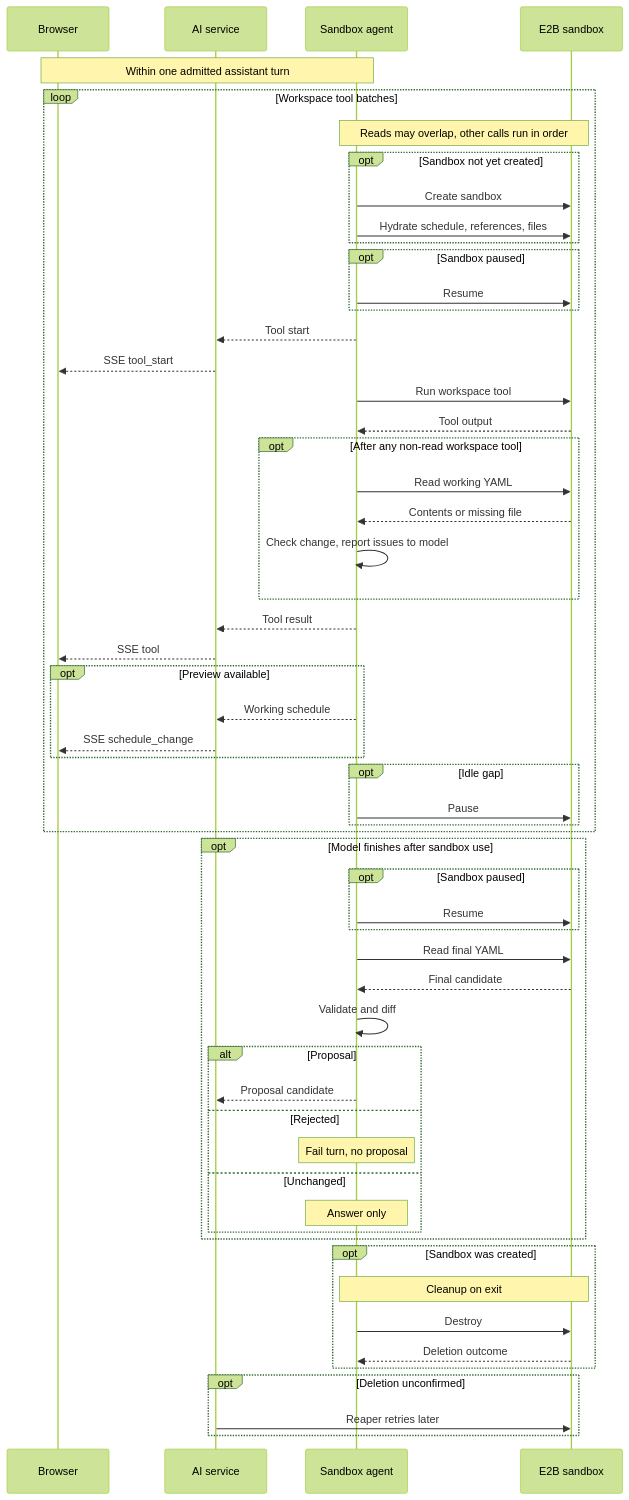
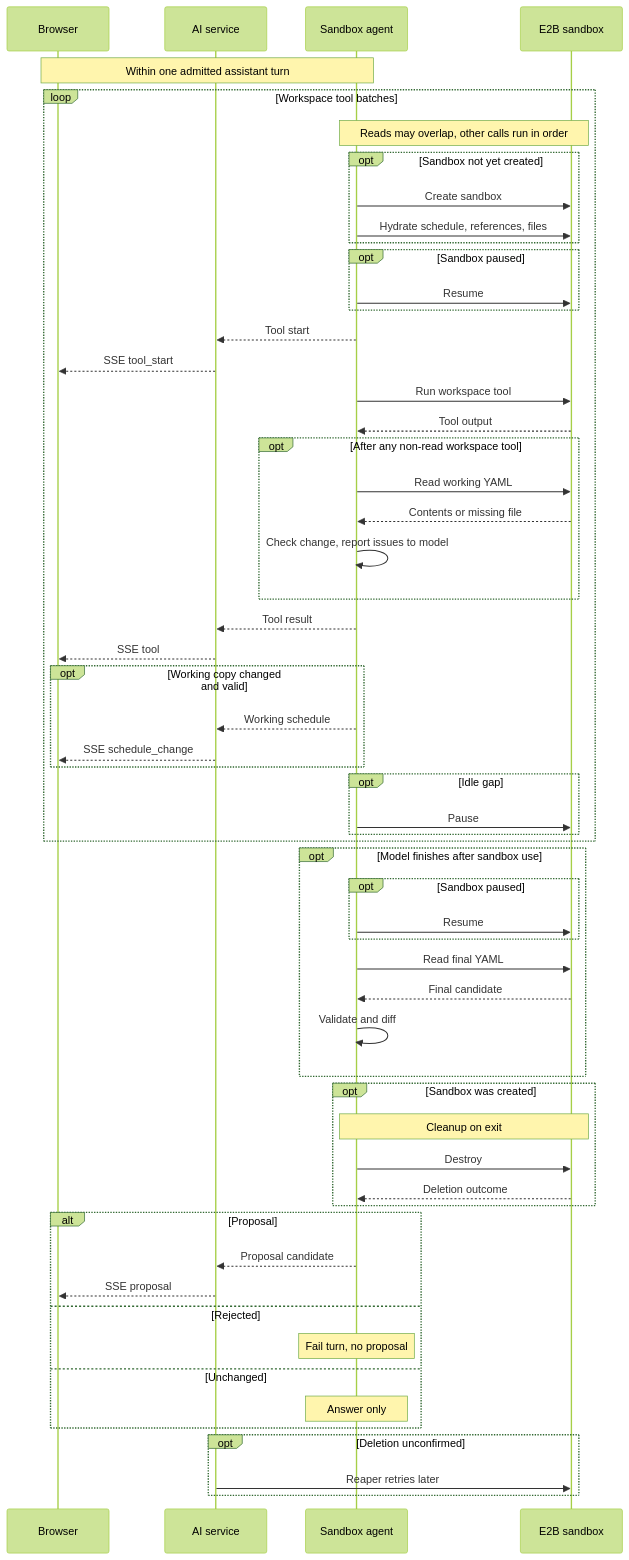
One commit to j3soon/nurse-scheduling changed the fifth of 7 diagrams in docs/content/developer-guide/ai-assistant.md. Above: the diagram before and after it, drawn with Mermaid (forest theme). The commit also changed other lines of this file, not shown here.

First line of the commit message:
docs: clarify AI assistant guide lifecycle and diagrams

````diff
--- a/docs/content/developer-guide/ai-assistant.md
+++ b/docs/content/developer-guide/ai-assistant.md
@@ -198,60 +203,61 @@
 ```mermaid
 sequenceDiagram
     participant Browser
     participant AI as AI service
     participant Agent as Sandbox agent
     participant E2B as E2B sandbox
 
     Note over Browser,Agent: Within one admitted assistant turn
     loop Workspace tool batches
         Note over Agent,E2B: Reads may overlap, other calls run in order
         opt Sandbox not yet created
             Agent->>E2B: Create sandbox
             Agent->>E2B: Hydrate schedule, references, files
         end
         opt Sandbox paused
             Agent->>E2B: Resume
         end
         Agent-->>AI: Tool start
         AI-->>Browser: SSE tool_start
         Agent->>E2B: Run workspace tool
         E2B-->>Agent: Tool output
         opt After any non-read workspace tool
             Agent->>E2B: Read working YAML
             E2B-->>Agent: Contents or missing file
             Agent->>Agent: Check change, report issues to model
         end
         Agent-->>AI: Tool result
         AI-->>Browser: SSE tool
-        opt Preview available
+        opt Working copy changed and valid
             Agent-->>AI: Working schedule
             AI-->>Browser: SSE schedule_change
         end
         opt Idle gap
             Agent->>E2B: Pause
         end
     end
     opt Model finishes after sandbox use
         opt Sandbox paused
             Agent->>E2B: Resume
         end
         Agent->>E2B: Read final YAML
         E2B-->>Agent: Final candidate
         Agent->>Agent: Validate and diff
-        alt Proposal
-            Agent-->>AI: Proposal candidate
-        else Rejected
-            Note over Agent: Fail turn, no proposal
-        else Unchanged
-            Note over Agent: Answer only
-        end
     end
     opt Sandbox was created
         Note over Agent,E2B: Cleanup on exit
         Agent->>E2B: Destroy
         E2B-->>Agent: Deletion outcome
     end
+    alt Proposal
+        Agent-->>AI: Proposal candidate
+        AI-->>Browser: SSE proposal
+    else Rejected
+        Note over Agent: Fail turn, no proposal
+    else Unchanged
+        Note over Agent: Answer only
+    end
     opt Deletion unconfirmed
         AI->>E2B: Reaper retries later
     end
 ```
````
